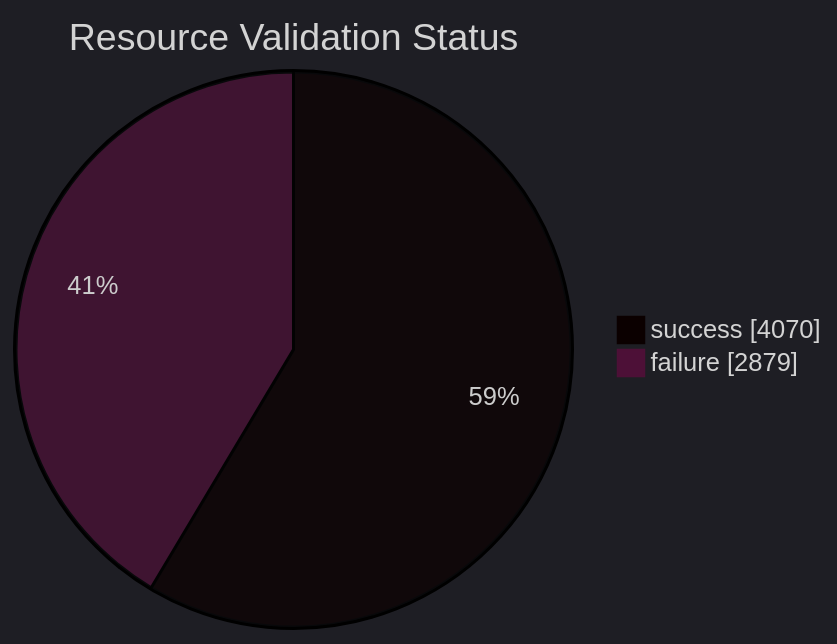
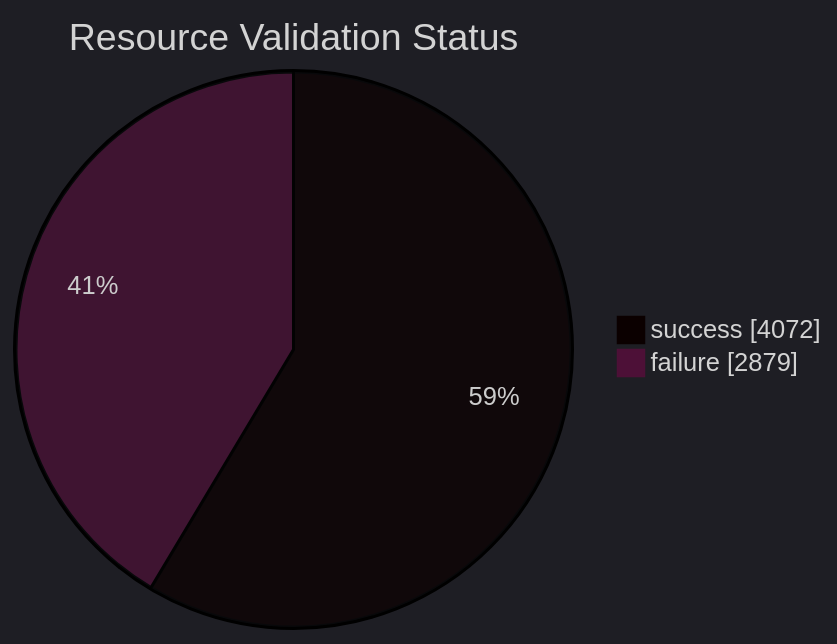
One commit to open-data/analytics-corporate-reporting changed the diagram in datastore_tracker/resource_validation_status_pie_chart.md. Above: the diagram before and after it, drawn with Mermaid. The commit also changed 11 other files, not shown here.

````diff
--- a/datastore_tracker/resource_validation_status_pie_chart.md
+++ b/datastore_tracker/resource_validation_status_pie_chart.md
@@ -2,9 +2,9 @@
 ```mermaid
 ---
 config:
   theme: dark
 ---
 pie showData title Resource Validation Status
-    "success": 4070
+    "success": 4072
     "failure": 2879
 ```
````
